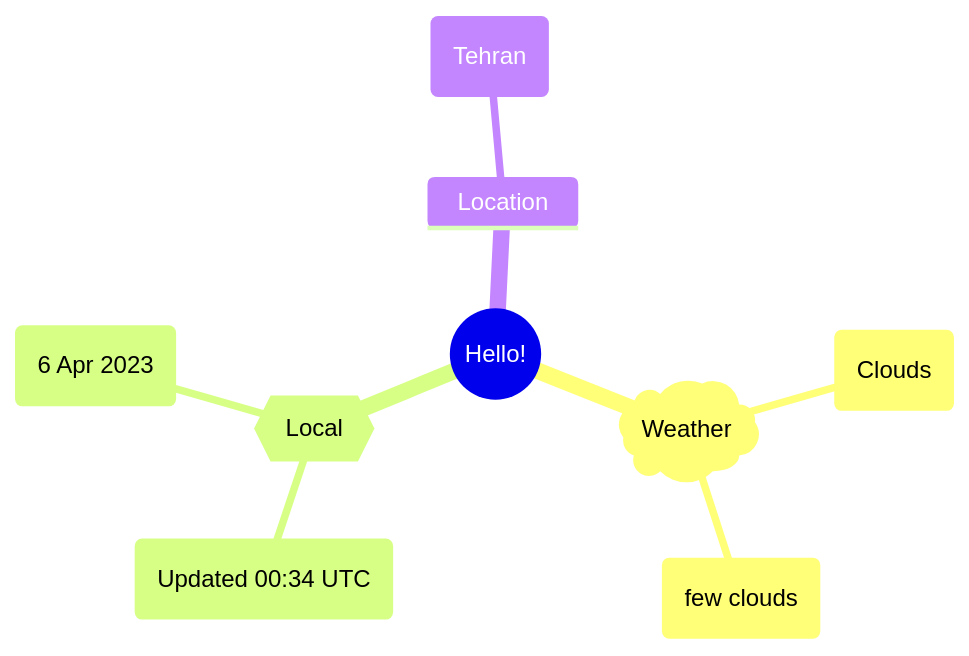
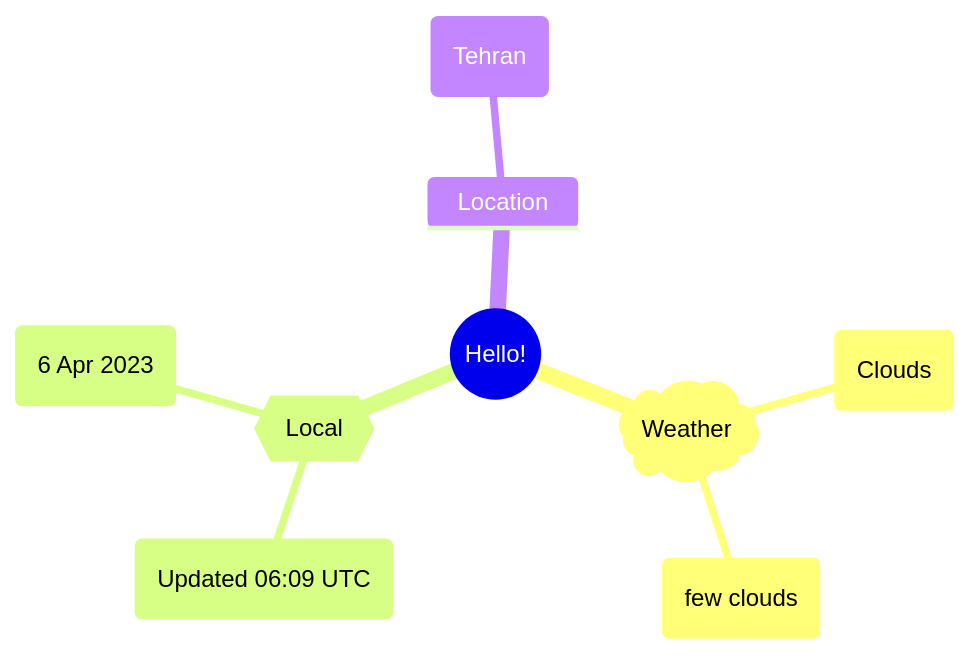
The first of 2 diagrams in README.md (Xosrov/Xosrov), drawn with Mermaid before and after one commit.

Commit message:
[bot] updated images

````diff
--- a/README.md
+++ b/README.md
@@ -3,12 +3,12 @@
 ```mermaid
 mindmap
   root((Hello!))
     )Weather(
         (Clouds)
         (few clouds)
     {{Local}}
-        (Updated 00:34 UTC)
+        (Updated 06:09 UTC)
         (6 Apr 2023)
     Location
         (Tehran)
 ```
````
